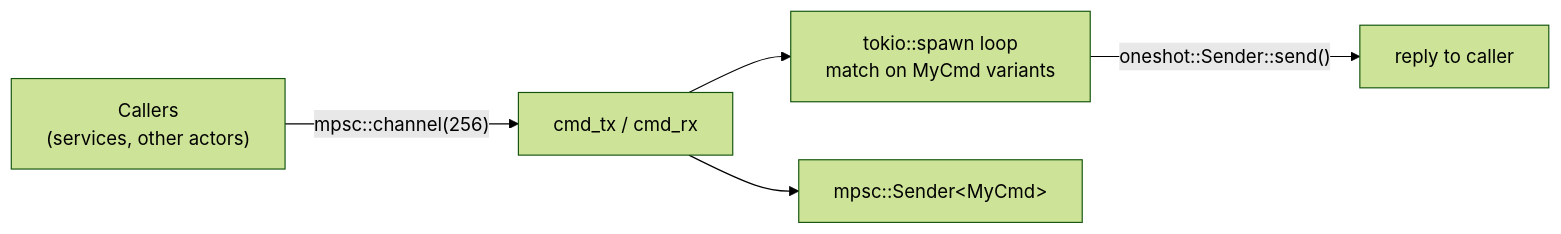
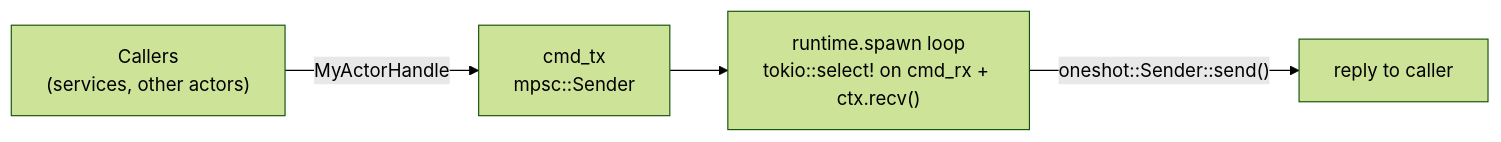
The first of 2 diagrams in docs/extending.md (alexandernicholson/barkeeper), drawn with Mermaid (forest theme) before and after one commit. The commit also changed other lines of this file and 3 other files, not shown here.

````diff
--- a/docs/extending.md
+++ b/docs/extending.md
@@ -225,7 +252,6 @@
 ```mermaid
 graph LR
-    Callers["Callers<br>(services, other actors)"] -->|"mpsc::channel(256)"| Chan["cmd_tx / cmd_rx"]
-    Chan --> Loop["tokio::spawn loop<br>match on MyCmd variants"]
+    Callers["Callers<br>(services, other actors)"] -->|"MyActorHandle"| Handle["cmd_tx<br>mpsc::Sender"]
+    Handle --> Loop["runtime.spawn loop<br>tokio::select! on cmd_rx + ctx.recv()"]
     Loop -->|"oneshot::Sender::send()"| Reply["reply to caller"]
-    Chan --> Sender["mpsc::Sender&lt;MyCmd&gt;"]
 ```
````
